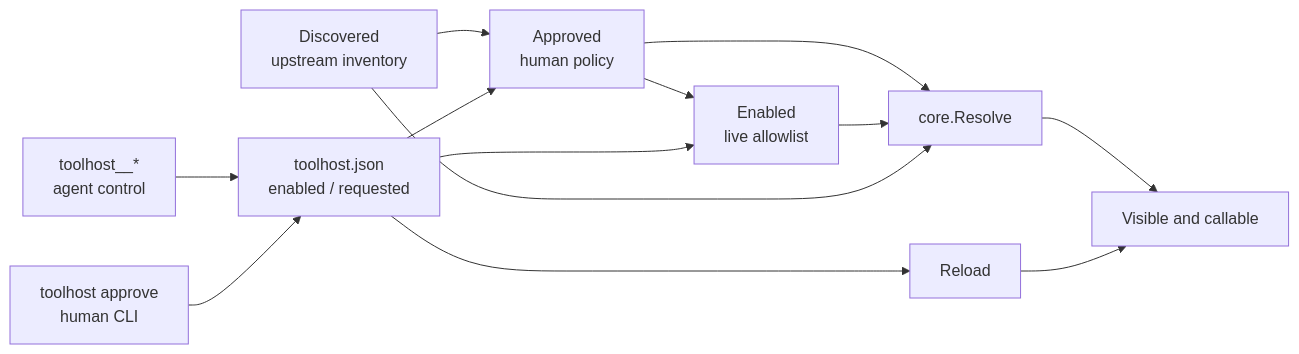
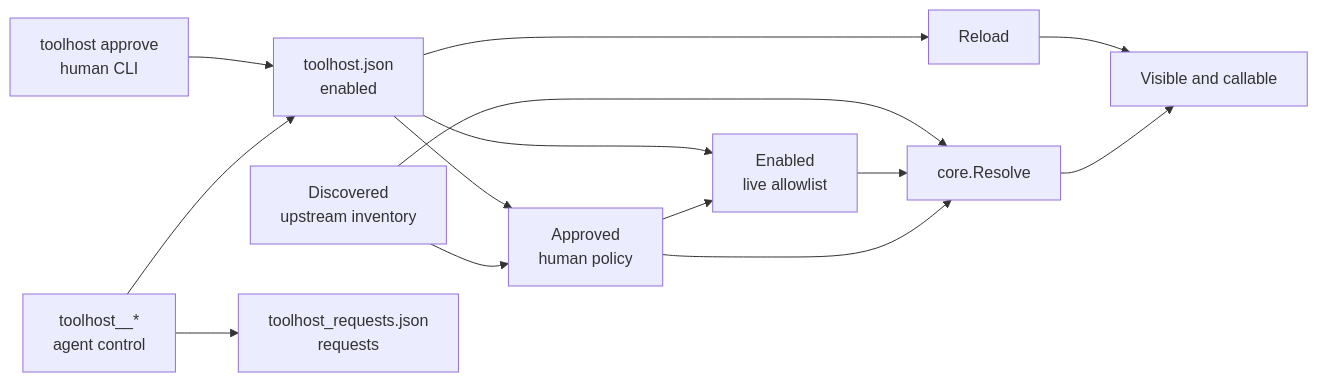
Before and after one commit to gettoolhost/toolhost-local: the second of 3 diagrams in docs/ARCHITECTURE.md, drawn with Mermaid. The commit also changed other lines of this file and 16 other files, not shown here.

````diff
--- a/docs/ARCHITECTURE.md
+++ b/docs/ARCHITECTURE.md
@@ -33,13 +33,13 @@
 ```mermaid
 flowchart LR
   discover["Discovered<br/>upstream inventory"] --> approve["Approved<br/>human policy"] --> enable["Enabled<br/>live allowlist"]
   approve --> resolve["core.Resolve"]
   enable --> resolve
   discover --> resolve
   resolve --> surface["Visible and callable"]
-  meta["toolhost__*<br/>agent control"] --> config["toolhost.json<br/>enabled / requested"]
+  meta["toolhost__*<br/>agent control"] --> config["toolhost.json<br/>enabled"] & state["toolhost_requests.json<br/>requests"]
   human["toolhost approve<br/>human CLI"] --> config
   config --> approve
   config --> enable
   config --> reload["Reload"] --> surface
 ```
````
